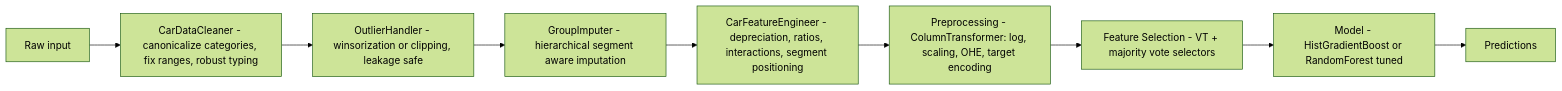
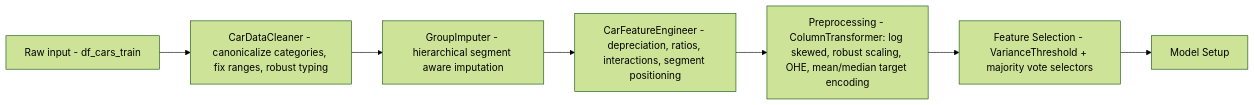
The diagram in README.md (janThier/MDSAA-machine-learning), drawn with Mermaid (forest theme) before and after one commit. The commit also changed other lines of this file, not shown here.

````diff
--- a/README.md
+++ b/README.md
@@ -117,11 +116,10 @@
 ```mermaid
 flowchart LR
-  A[Raw input] --> B[CarDataCleaner - canonicalize categories, fix ranges, robust typing]
-  B --> C[OutlierHandler - winsorization or clipping, leakage safe]
-  C --> D[GroupImputer - hierarchical segment aware imputation]
-  D --> E[CarFeatureEngineer - depreciation, ratios, interactions, segment positioning]
-  E --> F[Preprocessing - ColumnTransformer: log, scaling, OHE, target encoding]
-  F --> G[Feature Selection - VT + majority vote selectors]
-  G --> H[Model - HistGradientBoost or RandomForest tuned]
-  H --> I[Predictions]
+A[Raw input - df_cars_train] --> B[CarDataCleaner - canonicalize categories, fix ranges, robust typing]
+B --> C[GroupImputer - hierarchical segment aware imputation]
+C --> D[CarFeatureEngineer - depreciation, ratios, interactions, segment positioning]
+D --> E[Preprocessing - ColumnTransformer: log skewed, robust scaling, OHE, mean/median target encoding]
+E --> F[Feature Selection - VarianceThreshold + majority vote selectors]
+F --> G[Model Setup]
+
 ```
````
